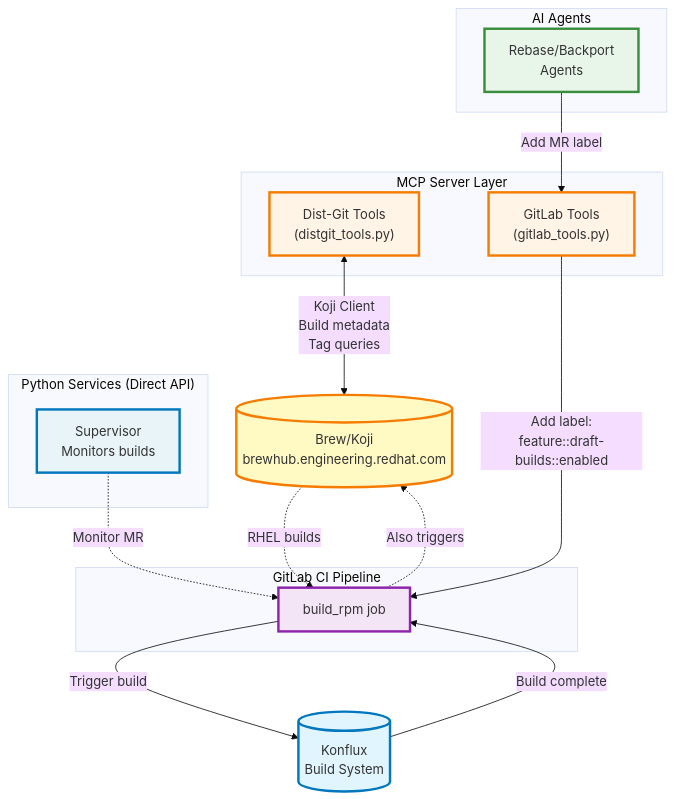
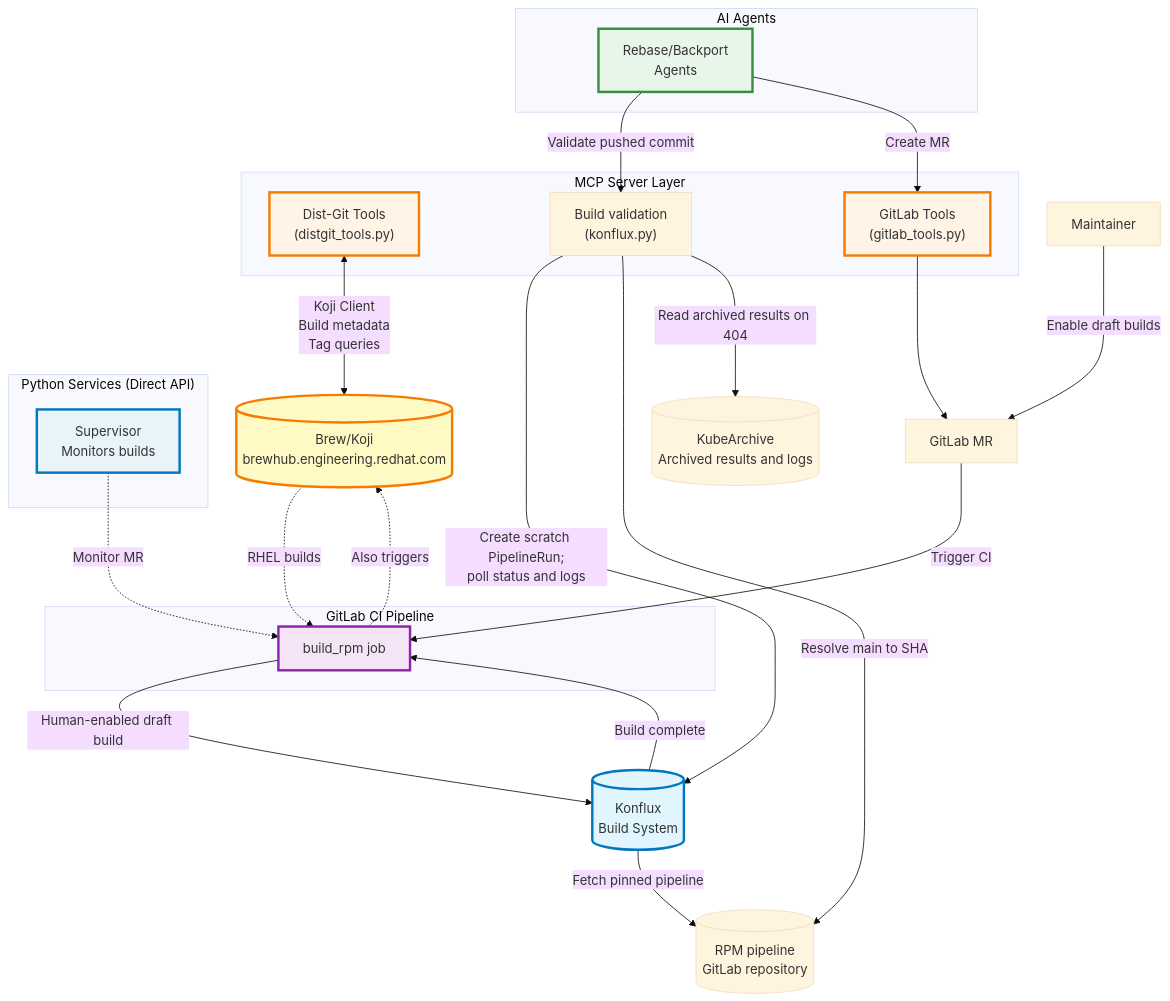
Before and after one commit to packit/ai-workflows: the first of 4 diagrams in brew_konflux_data_flow.md, drawn with Mermaid (base theme). The commit also changed other lines of this file and 19 other files, not shown here.

First line of the commit message:
Address review findings in build validation workflows

````diff
--- a/brew_konflux_data_flow.md
+++ b/brew_konflux_data_flow.md
@@ -7,43 +12,56 @@
 ```mermaid
 graph TD
     BREW[("Brew/Koji<br/>brewhub.engineering.redhat.com")]
     KONFLUX[("Konflux<br/>Build System")]
+    ARCHIVE[("KubeArchive<br/>Archived results and logs")]
+    RPM_PIPELINE[("RPM pipeline<br/>GitLab repository")]
 
     subgraph "GitLab CI Pipeline"
         PIPELINE["build_rpm job"]
     end
+
+    MR["GitLab MR"]
+    HUMAN["Maintainer"]
 
     subgraph "Python Services (Direct API)"
         SUPERVISOR["Supervisor<br/>Monitors builds"]
     end
 
     subgraph "MCP Server Layer"
         MCP_DISTGIT["Dist-Git Tools<br/>(distgit_tools.py)"]
         MCP_GITLAB["GitLab Tools<br/>(gitlab_tools.py)"]
+        MCP_BUILD["Build validation<br/>(konflux.py)"]
     end
 
     subgraph "AI Agents"
         AGENTS["Rebase/Backport<br/>Agents"]
     end
 
-    AGENTS -->|"Add MR label"| MCP_GITLAB
-    MCP_GITLAB -->|"Add label:<br/>feature::draft-builds::enabled"| PIPELINE
+    AGENTS -->|"Validate pushed commit"| MCP_BUILD
+    MCP_BUILD -->|"Create scratch PipelineRun;<br/>poll status and logs"| KONFLUX
+    MCP_BUILD -->|"Resolve main to SHA"| RPM_PIPELINE
+    KONFLUX -->|"Fetch pinned pipeline"| RPM_PIPELINE
+    MCP_BUILD -->|"Read archived results on 404"| ARCHIVE
+    AGENTS -->|"Create MR"| MCP_GITLAB
+    MCP_GITLAB --> MR
+    HUMAN -->|"Enable draft builds"| MR
+    MR -->|"Trigger CI"| PIPELINE
 
-    PIPELINE -->|"Trigger build"| KONFLUX
+    PIPELINE -->|"Human-enabled draft build"| KONFLUX
     KONFLUX -->|"Build complete"| PIPELINE
 
     PIPELINE -.Also triggers.-> BREW
     BREW -.RHEL builds.-> PIPELINE
 
     MCP_DISTGIT <-->|"Koji Client<br/>Build metadata<br/>Tag queries"| BREW
 
     SUPERVISOR -.Monitor MR.-> PIPELINE
 
     style SUPERVISOR fill:#e8f4f8,stroke:#0277bd,stroke-width:3px
     style MCP_DISTGIT fill:#fff4e6,stroke:#f57c00,stroke-width:3px
     style MCP_GITLAB fill:#fff4e6,stroke:#f57c00,stroke-width:3px
     style AGENTS fill:#e8f5e9,stroke:#388e3c,stroke-width:3px
     style BREW fill:#fff9c4,stroke:#f57c00,stroke-width:3px
     style KONFLUX fill:#e1f5fe,stroke:#0277bd,stroke-width:3px
     style PIPELINE fill:#f3e5f5,stroke:#8e24aa,stroke-width:3px
 ```
````
